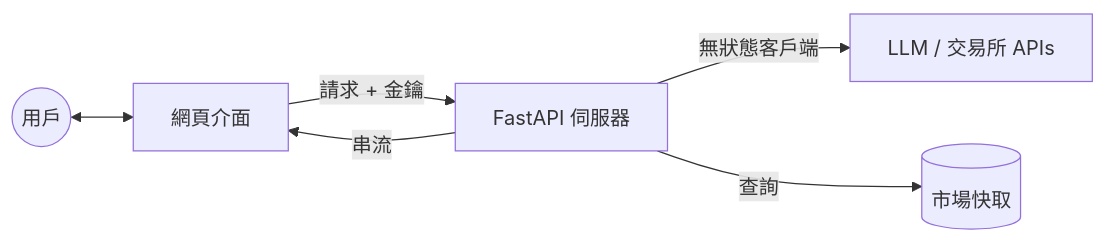
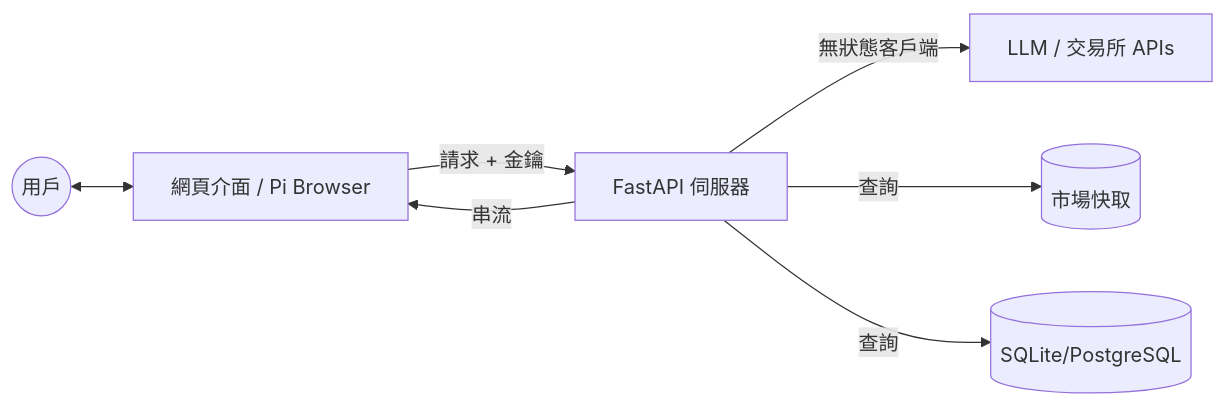
Before and after one commit to aaaa47080/stock_agent: the diagram in README_CN.md, drawn with Mermaid. The commit also changed other lines of this file and 64 other files, not shown here.

````diff
--- a/README_CN.md
+++ b/README_CN.md
@@ -71,8 +74,9 @@
 ```mermaid
 graph LR
-    User((用戶)) <--> UI[網頁介面]
+    User((用戶)) <--> UI[網頁介面 / Pi Browser]
     UI -- "請求 + 金鑰" --> API[FastAPI 伺服器]
     API -- "無狀態客戶端" --> LLM[LLM / 交易所 APIs]
     API -- "查詢" --> Cache[(市場快取)]
+    API -- "查詢" --> DB[(SQLite/PostgreSQL)]
     API -- "串流" --> UI
 ```
````
